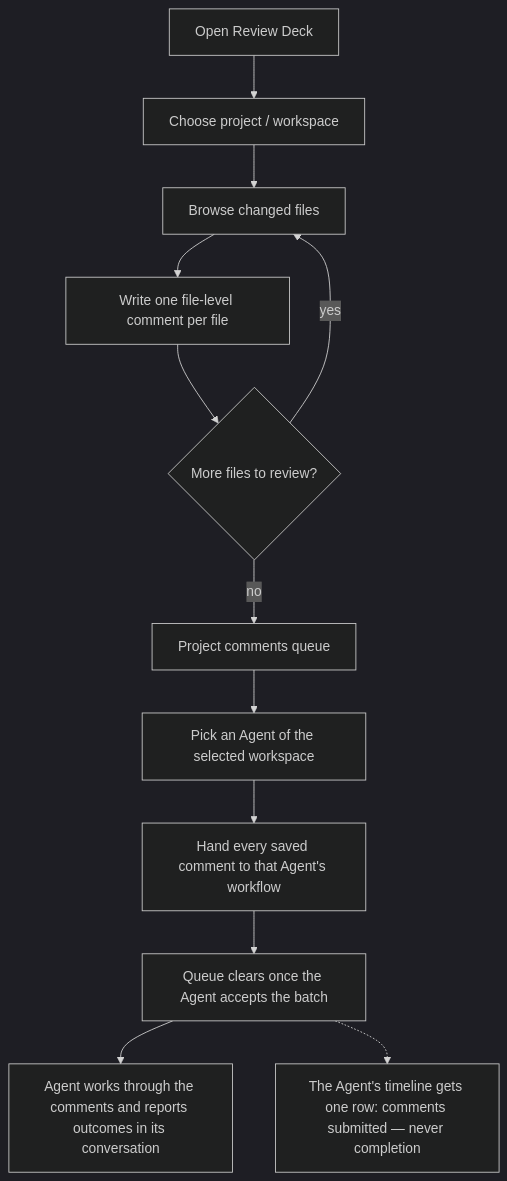
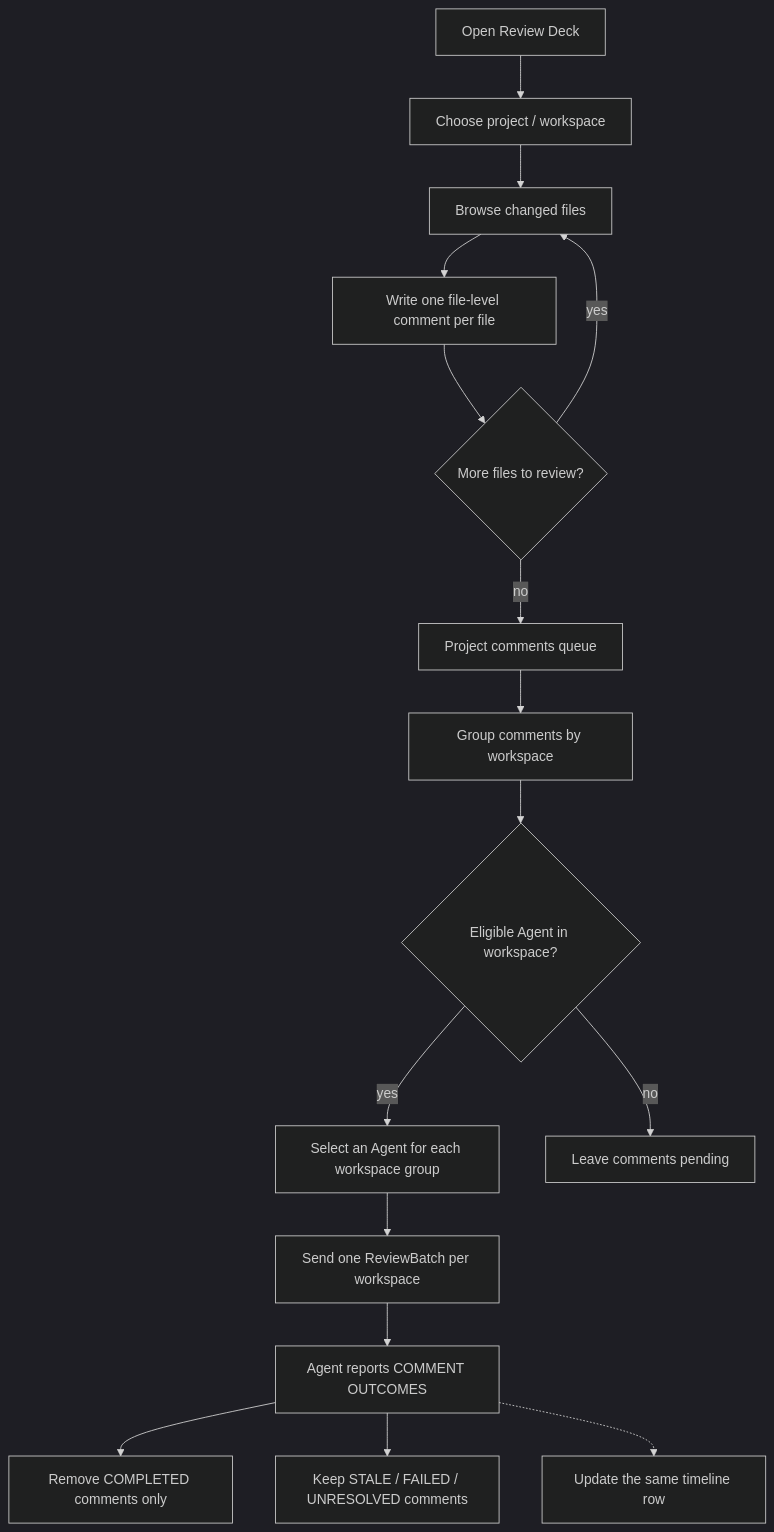
The first of 2 diagrams in README.md (mentalfl0w/review-deck), drawn with Mermaid (dark theme) before and after one commit. The commit also changed other lines of this file and 1 other file, not shown here.

````diff
--- a/README.md
+++ b/README.md
@@ -36,14 +36,18 @@
 ```mermaid
 flowchart TB
     A[Open Review Deck] --> B[Choose project / workspace]
     B --> C[Browse changed files]
     C --> D[Write one file-level comment per file]
     D --> E{More files to review?}
     E -- yes --> C
     E -- no --> F[Project comments queue]
-    F --> G[Pick an Agent of the selected workspace]
-    G --> H[Hand every saved comment to that Agent's workflow]
-    H --> I[Queue clears once the Agent accepts the batch]
-    I --> J[Agent works through the comments and reports outcomes in its conversation]
-    I -.-> K[The Agent's timeline gets one row: comments submitted — never completion]
+    F --> G[Group comments by workspace]
+    G --> H{Eligible Agent in workspace?}
+    H -- yes --> I[Select an Agent for each workspace group]
+    H -- no --> J[Leave comments pending]
+    I --> K[Send one ReviewBatch per workspace]
+    K --> L[Agent reports COMMENT OUTCOMES]
+    L --> M[Remove COMPLETED comments only]
+    L --> N[Keep STALE / FAILED / UNRESOLVED comments]
+    L -.-> O[Update the same timeline row]
 ```
````
